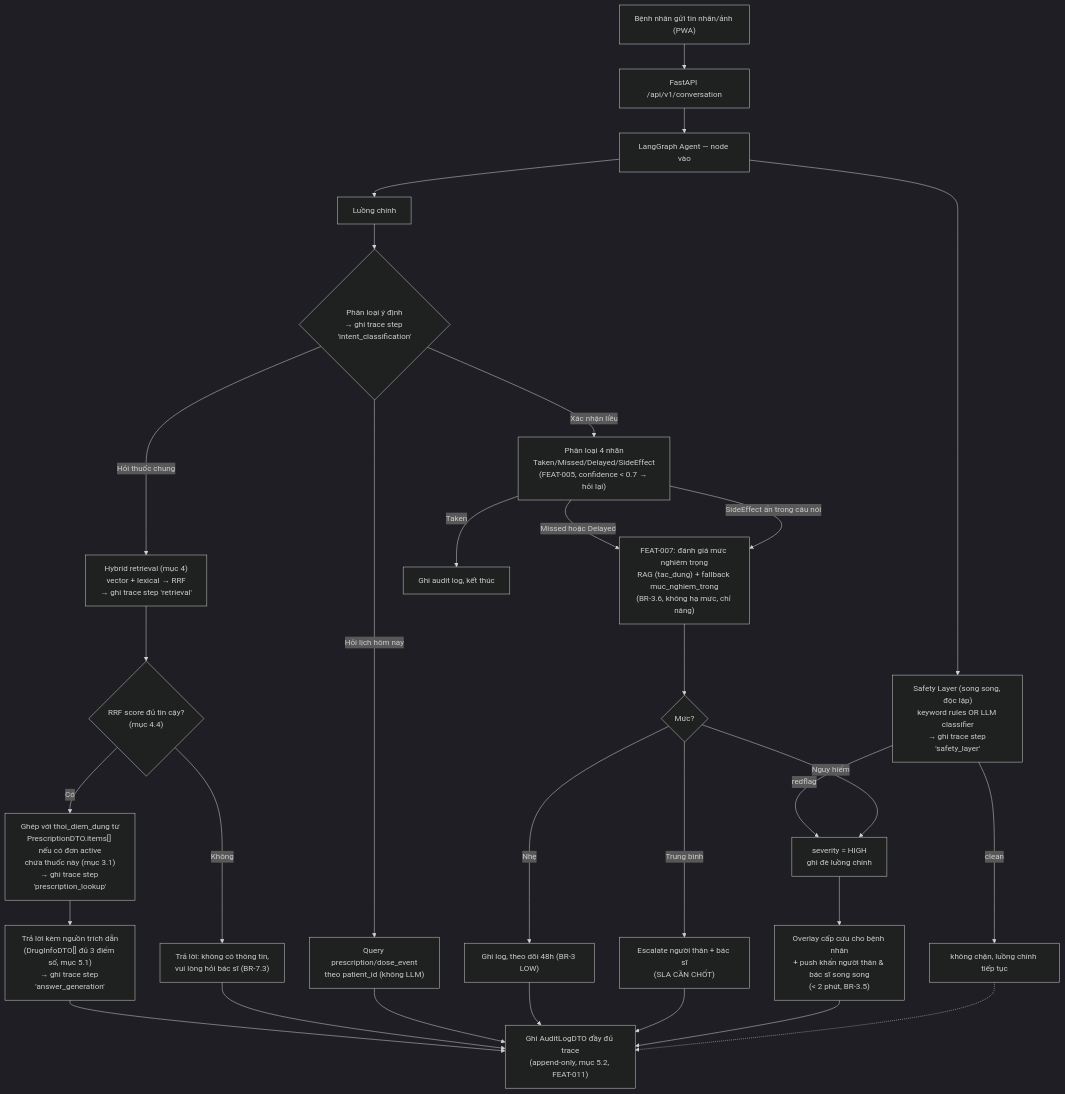
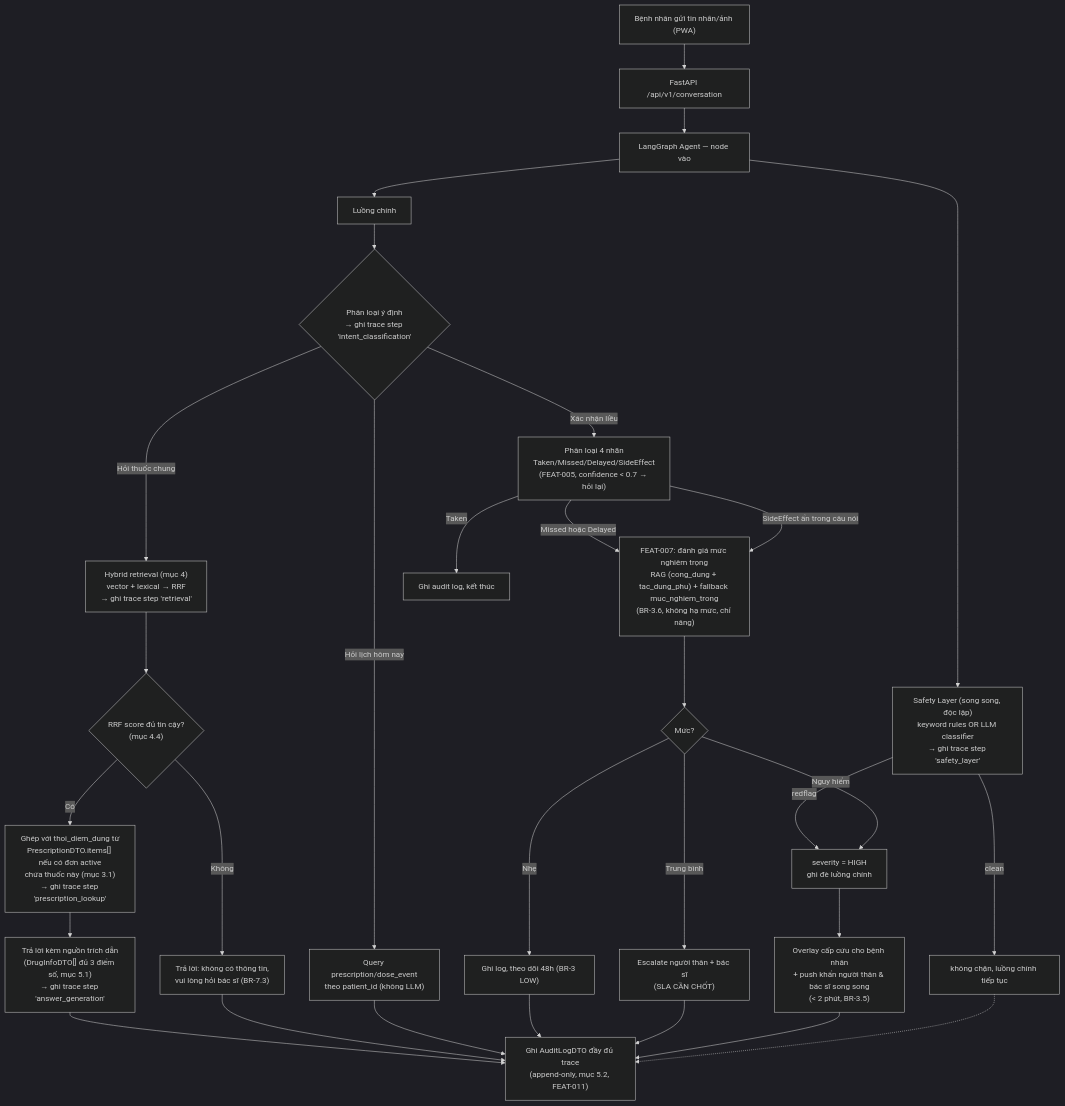
One commit to haiyen2602/Carelens changed the second of 2 diagrams in specs/chatbot-rag-design.md. Above: the diagram before and after it, drawn with Mermaid (dark theme). The commit also changed other lines of this file and 6 other files, not shown here.

````diff
--- a/specs/chatbot-rag-design.md
+++ b/specs/chatbot-rag-design.md
@@ -351,40 +351,40 @@
 ```mermaid
 flowchart TD
     U["Bệnh nhân gửi tin nhắn/ảnh (PWA)"] --> G["FastAPI /api/v1/conversation"]
     G --> P["LangGraph Agent — node vào"]
 
     P --> SAFETY["Safety Layer (song song, độc lập)<br/>keyword rules OR LLM classifier<br/>→ ghi trace step 'safety_layer'"]
     P --> MAIN["Luồng chính"]
 
     SAFETY -->|redflag| HIGH["severity = HIGH<br/>ghi đè luồng chính"]
     SAFETY -->|clean| CONT["không chặn, luồng chính tiếp tục"]
 
     MAIN --> INTENT{"Phân loại ý định<br/>→ ghi trace step 'intent_classification'"}
     INTENT -->|Hỏi thuốc chung| RAG["Hybrid retrieval (mục 4)<br/>vector + lexical → RRF<br/>→ ghi trace step 'retrieval'"]
     INTENT -->|Hỏi lịch hôm nay| DB["Query prescription/dose_event<br/>theo patient_id (không LLM)"]
     INTENT -->|Xác nhận liều| CLASSIFY["Phân loại 4 nhãn<br/>Taken/Missed/Delayed/SideEffect<br/>(FEAT-005, confidence < 0.7 → hỏi lại)"]
 
     RAG --> NOSRC{"RRF score đủ tin cậy?<br/>(mục 4.4)"}
     NOSRC -->|Không| REFUSE["Trả lời: không có thông tin,<br/>vui lòng hỏi bác sĩ (BR-7.3)"]
     NOSRC -->|Có| MERGE["Ghép với thoi_diem_dung từ<br/>PrescriptionDTO.items[] nếu có đơn active<br/>chứa thuốc này (mục 3.1)<br/>→ ghi trace step 'prescription_lookup'"]
     MERGE --> ANSWER["Trả lời kèm nguồn trích dẫn<br/>(DrugInfoDTO[] đủ 3 điểm số, mục 5.1)<br/>→ ghi trace step 'answer_generation'"]
 
-    CLASSIFY -->|Missed hoặc Delayed| SEVERITY["FEAT-007: đánh giá mức nghiêm trọng<br/>RAG (tac_dung) + fallback muc_nghiem_trong<br/>(BR-3.6, không hạ mức, chỉ nâng)"]
+    CLASSIFY -->|Missed hoặc Delayed| SEVERITY["FEAT-007: đánh giá mức nghiêm trọng<br/>RAG (cong_dung + tac_dung_phu) + fallback muc_nghiem_trong<br/>(BR-3.6, không hạ mức, chỉ nâng)"]
     CLASSIFY -->|Taken| LOG1["Ghi audit log, kết thúc"]
     CLASSIFY -->|SideEffect ẩn trong câu nói| SEVERITY
 
     SEVERITY --> LEVEL{"Mức?"}
     LEVEL -->|Nhẹ| LOWACT["Ghi log, theo dõi 48h (BR-3 LOW)"]
     LEVEL -->|Trung bình| MEDACT["Escalate người thân + bác sĩ<br/>(SLA CẦN CHỐT)"]
     LEVEL -->|Nguy hiểm| HIGH
 
     HIGH --> ESC["Overlay cấp cứu cho bệnh nhân<br/>+ push khẩn người thân & bác sĩ song song<br/>(< 2 phút, BR-3.5)"]
 
     ANSWER --> AUDIT["Ghi AuditLogDTO đầy đủ trace<br/>(append-only, mục 5.2, FEAT-011)"]
     REFUSE --> AUDIT
     DB --> AUDIT
     LOWACT --> AUDIT
     MEDACT --> AUDIT
     ESC --> AUDIT
     CONT -.-> AUDIT
 ```
````
